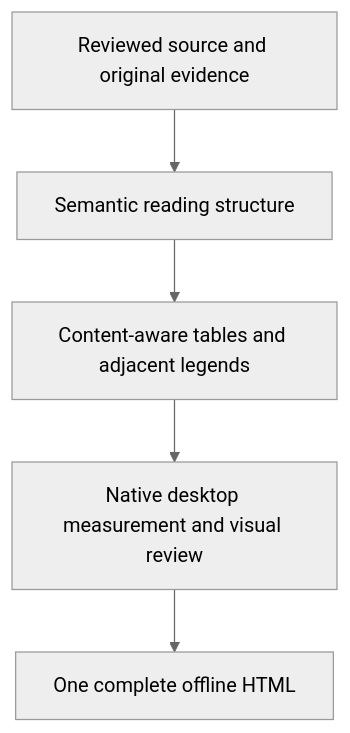
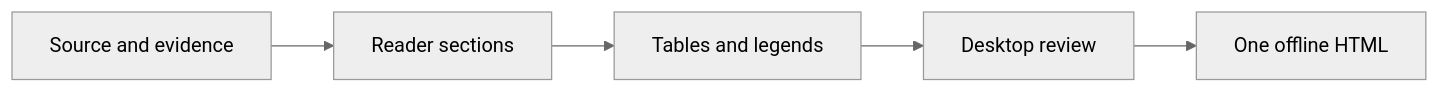
The diagram in atf-atlas/Report_Contract.md (crististefanita/ATF_AI), drawn with Mermaid (neutral theme) before and after one commit. The commit also changed other lines of this file and 111 other files, not shown here.

````diff
--- a/atf-atlas/Report_Contract.md
+++ b/atf-atlas/Report_Contract.md
@@ -14,7 +14,7 @@
 ```mermaid
-flowchart TB
-    Source["Reviewed source and original evidence"] --> Structure["Semantic reading structure"]
-    Structure --> Layout["Content-aware tables and adjacent legends"]
-    Layout --> Measure["Native desktop measurement and visual review"]
-    Measure --> Reader["One complete offline HTML"]
+flowchart LR
+    Source["Source and evidence"] --> Structure["Reader sections"]
+    Structure --> Layout["Tables and legends"]
+    Layout --> Measure["Desktop review"]
+    Measure --> Reader["One offline HTML"]
 ```
````
